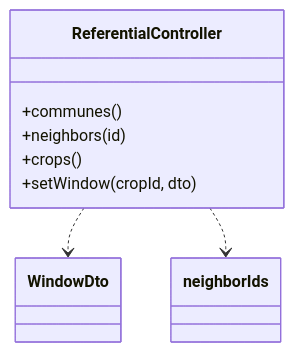
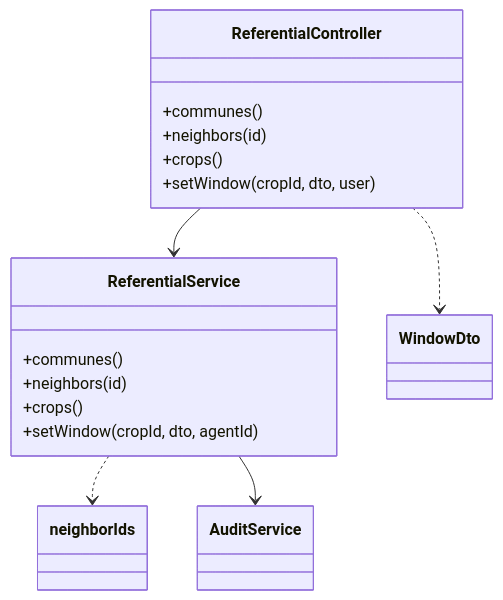
One commit to misterkante/alerteagri changed the diagram in docs/architecture/referential/classes.md. Above: the diagram before and after it, drawn with Mermaid. The commit also changed 71 other files, not shown here.

First line of the commit message:
refactor(api): split modules into controller, service and dto files

````diff
--- a/docs/architecture/referential/classes.md
+++ b/docs/architecture/referential/classes.md
@@ -3,13 +3,21 @@
 ```mermaid
 classDiagram
-%% source: backend/src/referential, backend/src/domain
+%% source: backend/src/referential, backend/src/domain, backend/src/common
 class ReferentialController {
   +communes()
   +neighbors(id)
   +crops()
-  +setWindow(cropId, dto)
+  +setWindow(cropId, dto, user)
+}
+class ReferentialService {
+  +communes()
+  +neighbors(id)
+  +crops()
+  +setWindow(cropId, dto, agentId)
 }
 class WindowDto
+ReferentialController --> ReferentialService
 ReferentialController ..> WindowDto
-ReferentialController ..> neighborIds
+ReferentialService ..> neighborIds
+ReferentialService --> AuditService
 ```
````
